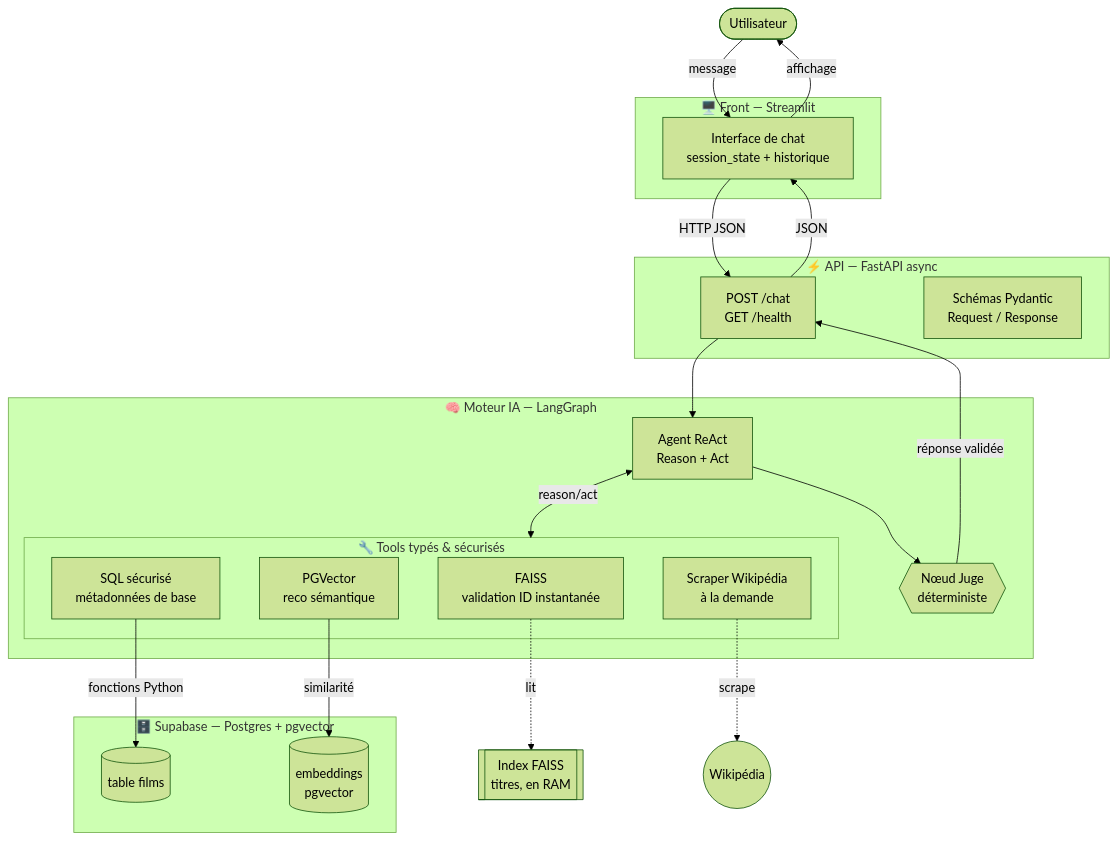
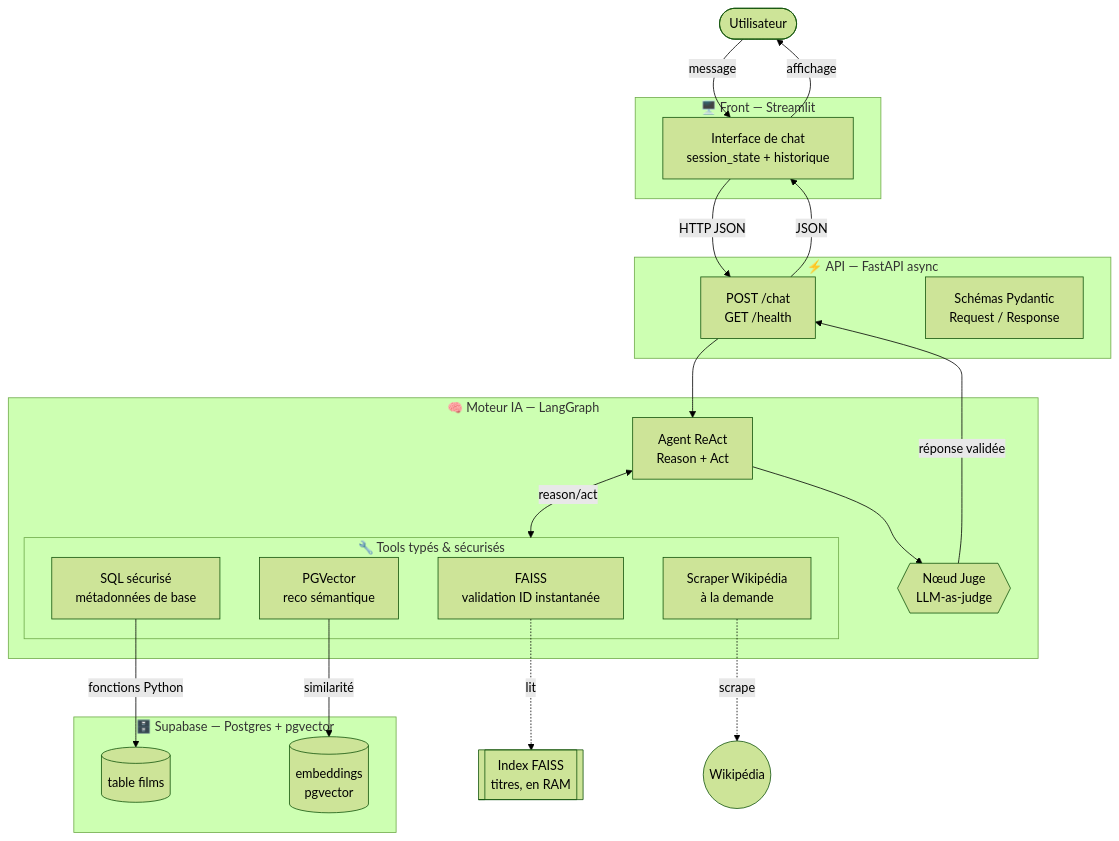
Before and after one commit to KBee-data/HorRAGor2: the first of 2 diagrams in docs/architecture.md, drawn with Mermaid (forest theme). The commit also changed other lines of this file and 6 other files, not shown here.

````diff
--- a/docs/architecture.md
+++ b/docs/architecture.md
@@ -25,47 +26,47 @@
 ```mermaid
 flowchart TB
     User([Utilisateur])
 
     subgraph FRONT["🖥️ Front — Streamlit"]
         UI[Interface de chat<br/>session_state + historique]
     end
 
     subgraph API["⚡ API — FastAPI async"]
         EP["POST /chat<br/>GET /health"]
         SCHEMAS[Schémas Pydantic<br/>Request / Response]
     end
 
     subgraph ENGINE["🧠 Moteur IA — LangGraph"]
         AGENT[Agent ReAct<br/>Reason + Act]
-        JUDGE{{Nœud Juge<br/>déterministe}}
+        JUDGE{{Nœud Juge<br/>LLM-as-judge}}
 
         subgraph TOOLS["🔧 Tools typés & sécurisés"]
             T1[FAISS<br/>validation ID instantanée]
             T2[SQL sécurisé<br/>métadonnées de base]
             T3[PGVector<br/>reco sémantique]
             T4[Scraper Wikipédia<br/>à la demande]
         end
     end
 
     subgraph DATA["🗄️ Supabase — Postgres + pgvector"]
         TBL[(table films)]
         VEC[(embeddings<br/>pgvector)]
     end
 
     FAISSIDX[[Index FAISS<br/>titres, en RAM]]
     WIKI((Wikipédia))
 
     User -->|message| UI
     UI -->|HTTP JSON| EP
     EP --> AGENT
     AGENT <-->|reason/act| TOOLS
     AGENT --> JUDGE
     JUDGE -->|réponse validée| EP
     EP -->|JSON| UI
     UI -->|affichage| User
 
     T1 -.lit.-> FAISSIDX
     T2 -->|fonctions Python| TBL
     T3 -->|similarité| VEC
     T4 -.scrape.-> WIKI
 ```
````
